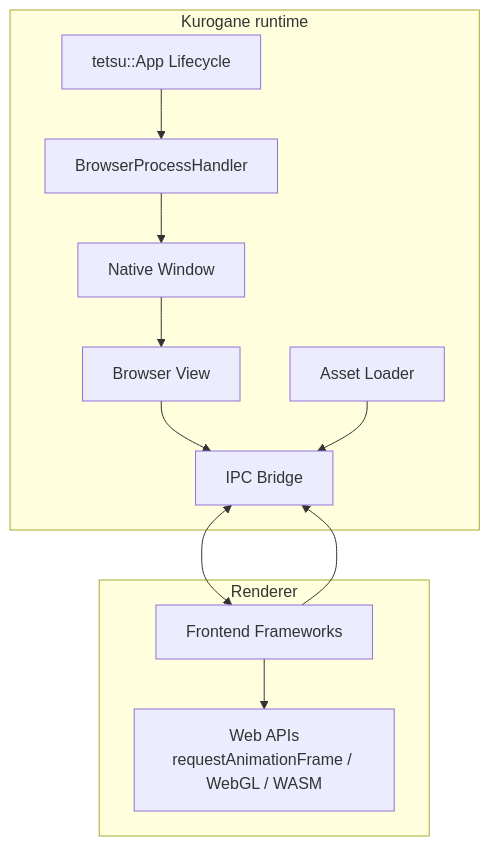
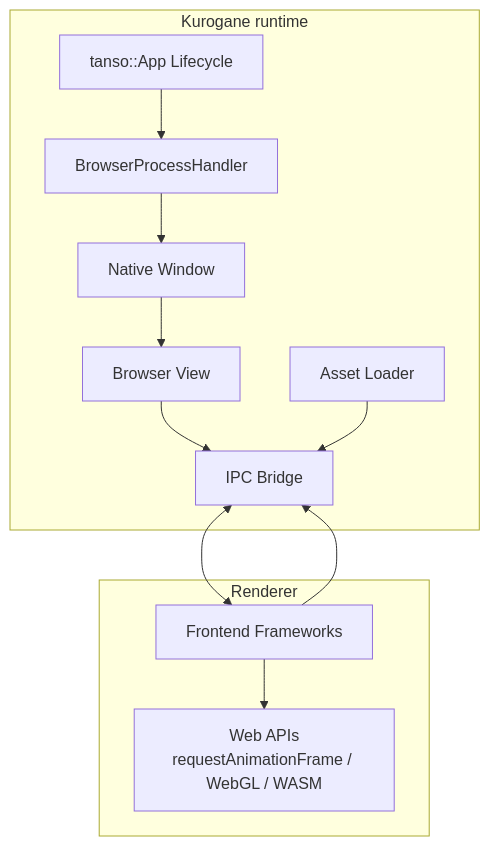
Before and after one commit to 0x48piraj/kurogane: the sixth of 6 diagrams in ARCHITECTURE.md, drawn with Mermaid. The commit also changed other lines of this file and 65 other files, not shown here.

````diff
--- a/ARCHITECTURE.md
+++ b/ARCHITECTURE.md
@@ -356,32 +356,32 @@
 ```mermaid
 flowchart TB
     %% Kurogane Layer
     subgraph Kurogane["Kurogane runtime"]
-        A[tetsu::App Lifecycle]
+        A[tanso::App Lifecycle]
         B[BrowserProcessHandler]
         C[Native Window]
         D[Browser View]
         E[Asset Loader]
         F[IPC Bridge]
     end
 
     %% Renderer Layer
     subgraph Renderer["Renderer"]
         G[Frontend Frameworks]
         H[Web APIs<br/>requestAnimationFrame / WebGL / WASM]
     end
 
     %% Internal Rust connections
     A --> B
     B --> C
     C --> D
     D --> F
     E --> F
 
     %% Renderer connections
     G --> H
     G --> F
 
     %% IPC Bridge connection
     F <--> G
 ```
````
